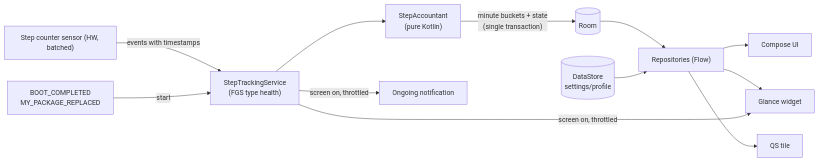
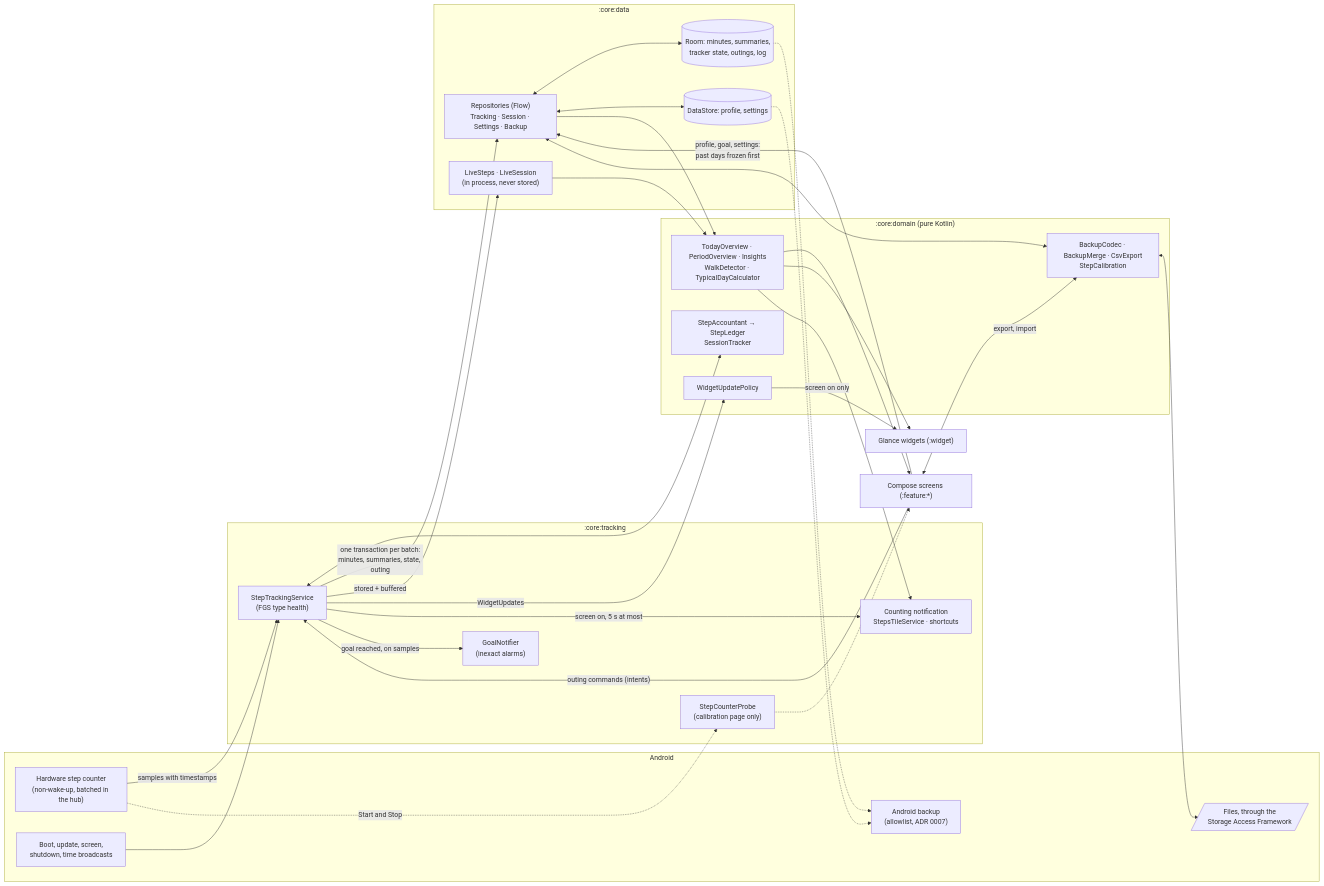
Before and after one commit to fiorenzobrioni/passo: the diagram in PLANNING.md, drawn with Mermaid. The commit also changed other lines of this file, not shown here.

Commit message:
PLANNING §3: the architecture reviewed against the app as built
The Phase 1 diagram showed the tracking path alone. The overview now
draws and describes the app at Phase 7: the one writer and its lock,
the read path computed in :core:domain, live state kept in the process,
surfaces updated only when seen (WidgetUpdates and its policy, the
notification, the tile, the goal alarms), the two doors of control
(TrackingControl, SessionControl), data in and out (the reader's export
and import, Android's backup) and the calibration's direct read. §2's
tree notes follow.

Claude-Session: https://claude.ai/code/session_01HSuay4FFmud3xN1U7YWNbF

````diff
--- a/PLANNING.md
+++ b/PLANNING.md
@@ -71,14 +75,59 @@
 ```mermaid
 flowchart LR
-    SENSOR["Step counter sensor (HW, batched)"] -->|"events with timestamps"| SVC["StepTrackingService<br/>(FGS type health)"]
-    BOOT["BOOT_COMPLETED<br/>MY_PACKAGE_REPLACED"] -->|start| SVC
-    SVC --> ACC["StepAccountant<br/>(pure Kotlin)"]
-    ACC -->|"minute buckets + state<br/>(single transaction)"| DB[("Room")]
-    DB --> REPO["Repositories (Flow)"]
-    REPO --> UI["Compose UI"]
-    REPO --> WIDGET["Glance widget"]
-    REPO --> TILE["QS tile"]
-    SVC -->|"screen on, throttled"| WIDGET
-    SVC -->|"screen on, throttled"| NOTIF["Ongoing notification"]
-    DS[("DataStore<br/>settings/profile")] --> REPO
+    subgraph PHONE["Android"]
+        SENSOR["Hardware step counter<br/>(non-wake-up, batched in the hub)"]
+        BCAST["Boot, update, screen,<br/>shutdown, time broadcasts"]
+        ABK["Android backup<br/>(allowlist, ADR 0007)"]
+        SAF[/"Files, through the<br/>Storage Access Framework"/]
+    end
+
+    subgraph TRACKING[":core:tracking"]
+        SVC["StepTrackingService<br/>(FGS type health)"]
+        SURF["Counting notification<br/>StepsTileService · shortcuts"]
+        GOALS["GoalNotifier<br/>(inexact alarms)"]
+        PROBE["StepCounterProbe<br/>(calibration page only)"]
+    end
+
+    subgraph DOMAIN[":core:domain (pure Kotlin)"]
+        ACC["StepAccountant → StepLedger<br/>SessionTracker"]
+        READ["TodayOverview · PeriodOverview · Insights<br/>WalkDetector · TypicalDayCalculator"]
+        POLICY["WidgetUpdatePolicy"]
+        BK["BackupCodec · BackupMerge · CsvExport<br/>StepCalibration"]
+    end
+
+    subgraph DATA[":core:data"]
+        REPO["Repositories (Flow)<br/>Tracking · Session · Settings · Backup"]
+        DB[("Room: minutes, summaries,<br/>tracker state, outings, log")]
+        DS[("DataStore: profile, settings")]
+        LIVE["LiveSteps · LiveSession<br/>(in process, never stored)"]
+    end
+
+    UI["Compose screens (:feature:*)"]
+    WIDGET["Glance widgets (:widget)"]
+
+    SENSOR -->|"samples with timestamps"| SVC
+    BCAST --> SVC
+    SVC <--> ACC
+    SVC -->|"one transaction per batch:<br/>minutes, summaries, state, outing"| REPO
+    REPO <--> DB
+    REPO <--> DS
+    SVC -->|"stored + buffered"| LIVE
+    SVC -->|"WidgetUpdates"| POLICY
+    POLICY -->|"screen on only"| WIDGET
+    SVC -->|"screen on, 5 s at most"| SURF
+    SVC -->|"goal reached, on samples"| GOALS
+    REPO --> READ
+    LIVE --> READ
+    READ --> UI
+    READ --> WIDGET
+    READ --> SURF
+    UI -->|"profile, goal, settings:<br/>past days frozen first"| REPO
+    UI -->|"outing commands (intents)"| SVC
+    UI <-->|"export, import"| BK
+    BK <--> REPO
+    BK <--> SAF
+    SENSOR -.->|"Start and Stop"| PROBE
+    PROBE -.-> UI
+    DB -.-> ABK
+    DS -.-> ABK
 ```
````
